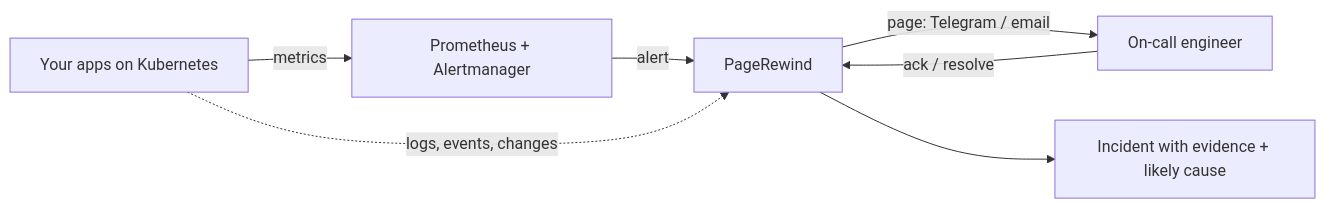
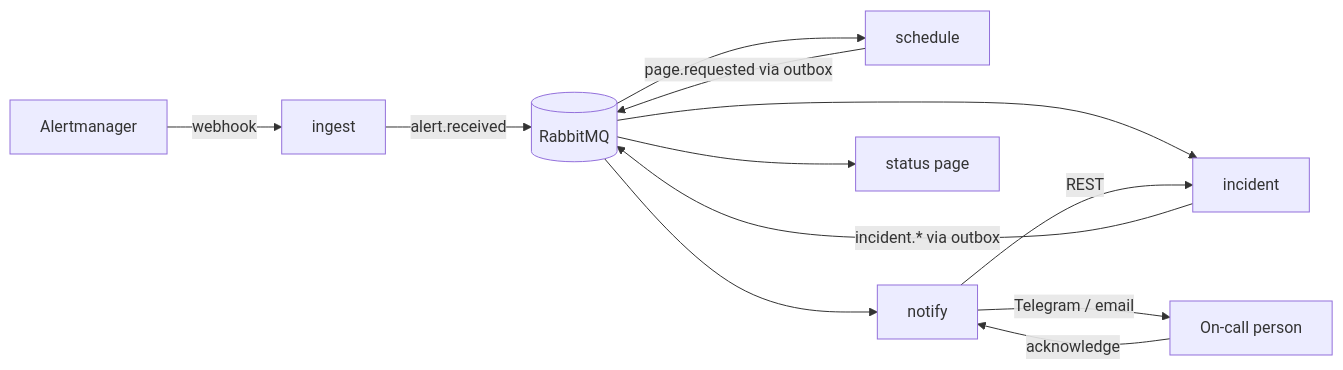
One commit to Yohan-Senadheera/pagerewind changed the diagram in README.md. Above: the diagram before and after it, drawn with Mermaid. The commit also changed other lines of this file, not shown here.

Commit message:
Rewrite README for the v0.1.0 preview: quickstart, what works, testing, roadmap

````diff
--- a/README.md
+++ b/README.md
@@ -25,9 +58,14 @@
 ```mermaid
 flowchart LR
-    Apps["Your apps on Kubernetes"] -->|metrics| Prom["Prometheus + Alertmanager"]
-    Prom -->|alert| PR["PageRewind"]
-    Apps -.->|logs, events, changes| PR
-    PR -->|"page: Telegram / email"| OnCall["On-call engineer"]
-    OnCall -->|ack / resolve| PR
-    PR --> Inc["Incident with evidence + likely cause"]
+    AM["Alertmanager"] -->|webhook| ingest
+    ingest -->|alert.received| MQ[("RabbitMQ")]
+    MQ --> incident
+    incident -->|incident.* via outbox| MQ
+    MQ --> schedule
+    schedule -->|page.requested via outbox| MQ
+    MQ --> notify
+    notify -->|Telegram / email| Person["On-call person"]
+    Person -->|acknowledge| notify
+    notify -->|REST| incident
+    MQ --> status["status page"]
 ```
````
